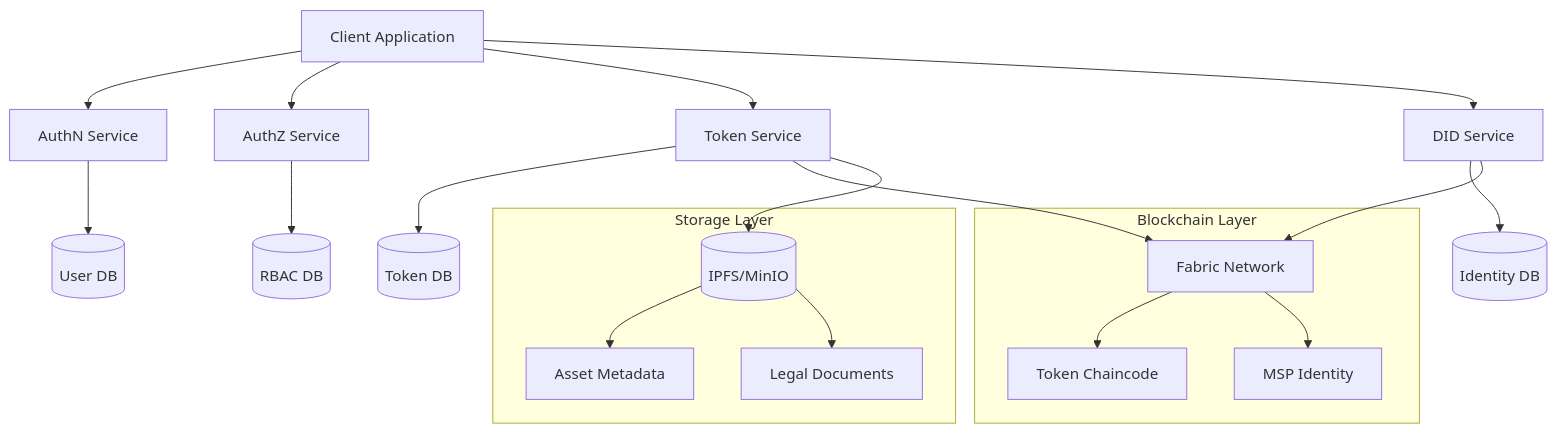
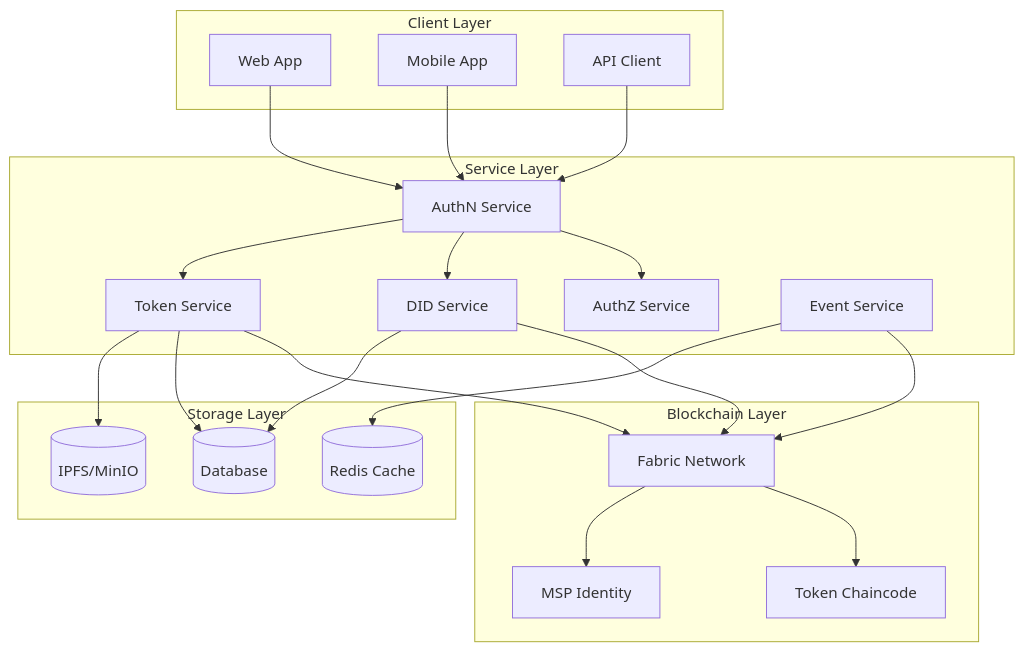
One commit to metafi-blockchain/metafi-digital-assets-service changed the first of 8 diagrams in docs/rd.vi.md. Above: the diagram before and after it, drawn with Mermaid. The commit also changed other lines of this file, not shown here.

````diff
--- a/docs/rd.vi.md
+++ b/docs/rd.vi.md
@@ -13,27 +13,48 @@
 ```mermaid
 graph TD
-    Client[Client Application] --> AuthN[AuthN Service]
-    Client --> AuthZ[AuthZ Service]
-    Client --> Token[Token Service]
-    Client --> DID[DID Service]
-    
-    AuthN --> DB1[(User DB)]
-    AuthZ --> DB2[(RBAC DB)]
-    DID --> DB3[(Identity DB)]
-    Token --> DB4[(Token DB)]
-    
-    Token --> Fabric[Fabric Network]
+    subgraph "Client Layer"
+        Web[Web App]
+        Mobile[Mobile App]
+        API[API Client]
+    end
+
+    subgraph "Service Layer"
+        AuthN[AuthN Service]
+        AuthZ[AuthZ Service]
+        DID[DID Service]
+        Token[Token Service]
+        Event[Event Service]
+    end
+
+    subgraph "Blockchain Layer"
+        Fabric[Fabric Network]
+        Chaincode[Token Chaincode]
+        MSP[MSP Identity]
+    end
+
+    subgraph "Storage Layer"
+        DB[(Database)]
+        Cache[(Redis Cache)]
+        Storage[(IPFS/MinIO)]
+    end
+
+    Web --> AuthN
+    Mobile --> AuthN
+    API --> AuthN
+
+    AuthN --> AuthZ
+    AuthN --> DID
+    AuthN --> Token
+
+    Token --> Fabric
     DID --> Fabric
-    
-    Token --> Storage[(IPFS/MinIO)]
-    
-    subgraph "Blockchain Layer"
-        Fabric --> Chaincode[Token Chaincode]
-        Fabric --> MSP[MSP Identity]
-    end
-    
-    subgraph "Storage Layer"
-        Storage --> Metadata[Asset Metadata]
-        Storage --> Documents[Legal Documents]
-    end
+    Event --> Fabric
+
+    Token --> DB
+    DID --> DB
+    Event --> Cache
+    Token --> Storage
+
+    Fabric --> Chaincode
+    Fabric --> MSP
 ```
````
